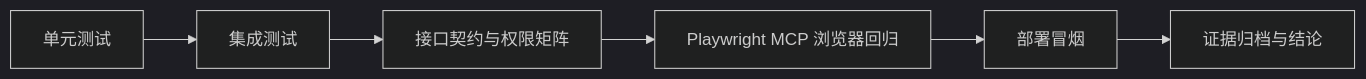
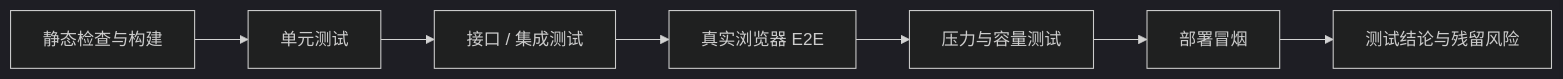
One commit to BUAA-SEProject/docs changed the first of 2 diagrams in 02-process-docs/test-report.md. Above: the diagram before and after it, drawn with Mermaid (dark theme). The commit also changed other lines of this file and 9 other files, not shown here.

````diff
--- a/02-process-docs/test-report.md
+++ b/02-process-docs/test-report.md
@@ -74,8 +62,9 @@
 ```mermaid
 flowchart LR
-  Unit["单元测试"] --> Integration["集成测试"]
-  Integration --> Contract["接口契约与权限矩阵"]
-  Contract --> Browser["Playwright MCP 浏览器回归"]
-  Browser --> Smoke["部署冒烟"]
-  Smoke --> Report["证据归档与结论"]
+  Static["静态检查与构建"] --> Unit["单元测试"]
+  Unit --> Integration["接口 / 集成测试"]
+  Integration --> Browser["真实浏览器 E2E"]
+  Browser --> Stress["压力与容量测试"]
+  Stress --> Smoke["部署冒烟"]
+  Smoke --> Report["测试结论与残留风险"]
 ```
````
